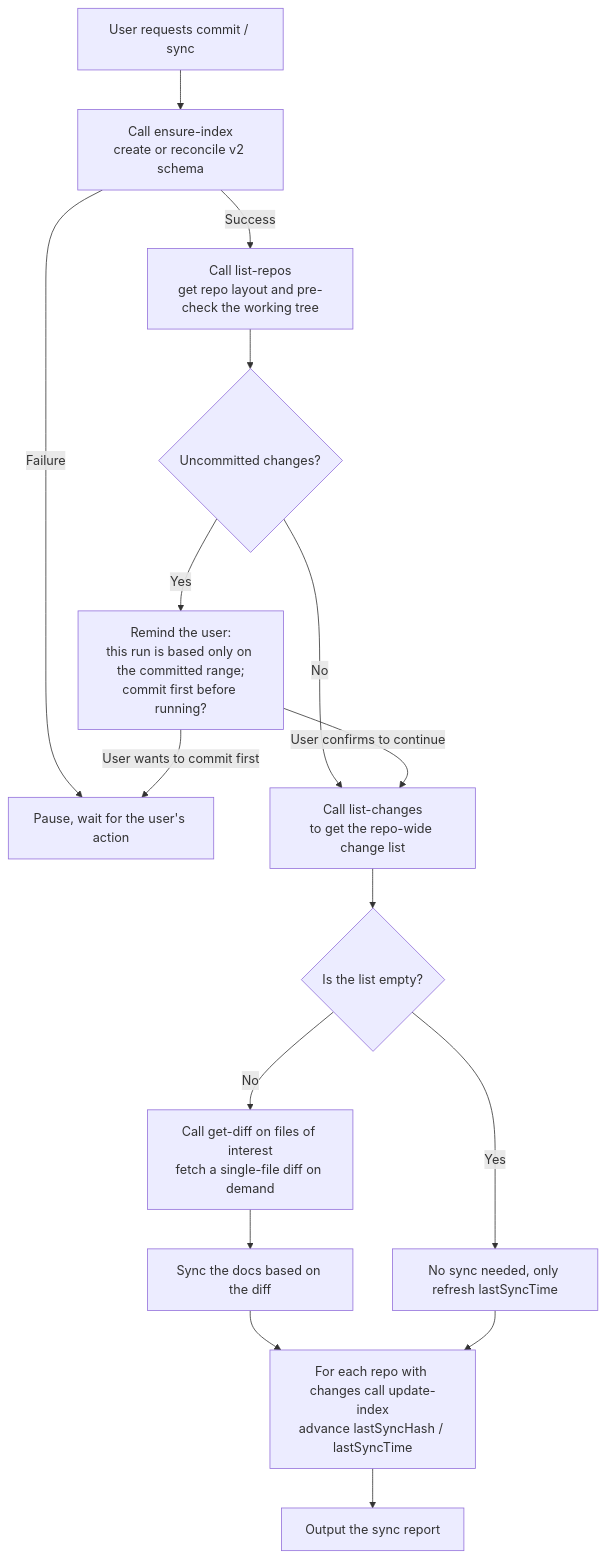
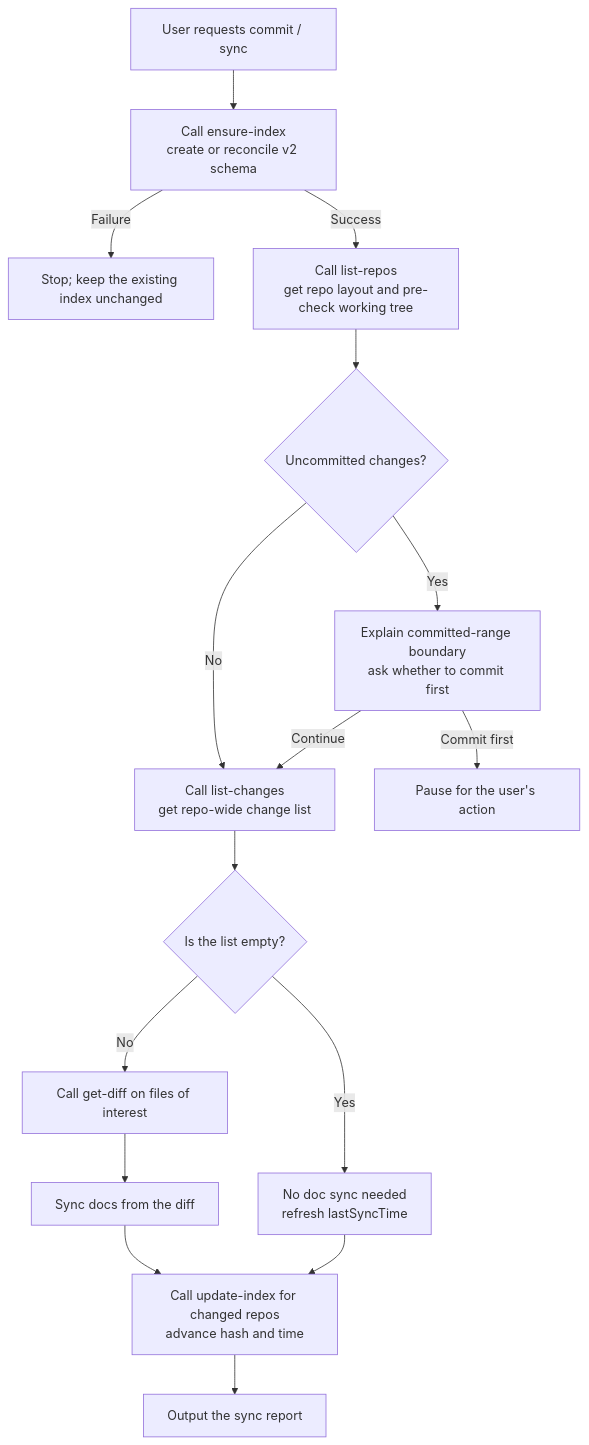
The first of 3 diagrams in fibo-conventions/references/conventions/commit-sync.md (Alenkz12/FiboSkills), drawn with Mermaid before and after one commit. The commit also changed other lines of this file and 96 other files, not shown here.

````diff
--- a/fibo-conventions/references/conventions/commit-sync.md
+++ b/fibo-conventions/references/conventions/commit-sync.md
@@ -31,18 +31,18 @@
 ```mermaid
 flowchart TD
-  T[User requests commit / sync] --> EI[Call ensure-index<br/>create or reconcile v2 schema]
-  EI -->|Failure| END[Stop; keep the existing index unchanged]
-  EI -->|Success| A[Call list-repos<br/>get repo layout and pre-check the working tree]
-  A --> B{Uncommitted changes?}
-  B -->|Yes| C[Remind the user:<br/>this run is based only on the committed range;<br/>commit first before running?]
-  B -->|No| E[Call list-changes<br/>to get the repo-wide change list]
-  C -->|User confirms to continue| E
-  C -->|User wants to commit first| END[Pause, wait for the user's action]
-  E --> F{Is the list empty?}
-  F -->|Yes| Z[No sync needed, only refresh lastSyncTime]
-  F -->|No| G[Call get-diff on files of interest<br/>fetch a single-file diff on demand]
-  G --> H[Sync the docs based on the diff]
-  H --> U[For each repo with changes call update-index<br/>advance lastSyncHash / lastSyncTime]
-  U --> J[Output the sync report]
-  Z --> U
+  sync_request_001["User requests commit / sync"] --> ensure_index_002["Call ensure-index<br/>create or reconcile v2 schema"]
+  ensure_index_002 -->|Failure| index_failure_003["Stop; keep the existing index unchanged"]
+  ensure_index_002 -->|Success| list_repos_004["Call list-repos<br/>get repo layout and pre-check working tree"]
+  list_repos_004 --> dirty_check_005{"Uncommitted changes?"}
+  dirty_check_005 -->|Yes| dirty_prompt_006["Explain committed-range boundary<br/>ask whether to commit first"]
+  dirty_check_005 -->|No| list_changes_007["Call list-changes<br/>get repo-wide change list"]
+  dirty_prompt_006 -->|Continue| list_changes_007
+  dirty_prompt_006 -->|Commit first| user_pause_008["Pause for the user's action"]
+  list_changes_007 --> empty_check_009{"Is the list empty?"}
+  empty_check_009 -->|Yes| no_changes_010["No doc sync needed<br/>refresh lastSyncTime"]
+  empty_check_009 -->|No| fetch_diff_011["Call get-diff on files of interest"]
+  fetch_diff_011 --> sync_docs_012["Sync docs from the diff"]
+  sync_docs_012 --> update_index_013["Call update-index for changed repos<br/>advance hash and time"]
+  update_index_013 --> sync_report_014["Output the sync report"]
+  no_changes_010 --> update_index_013
 ```
````
